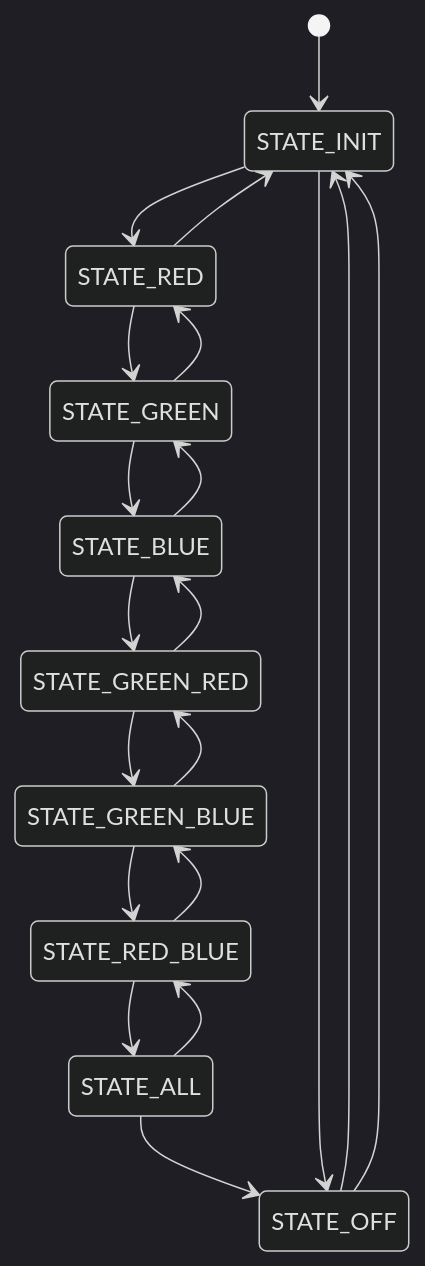
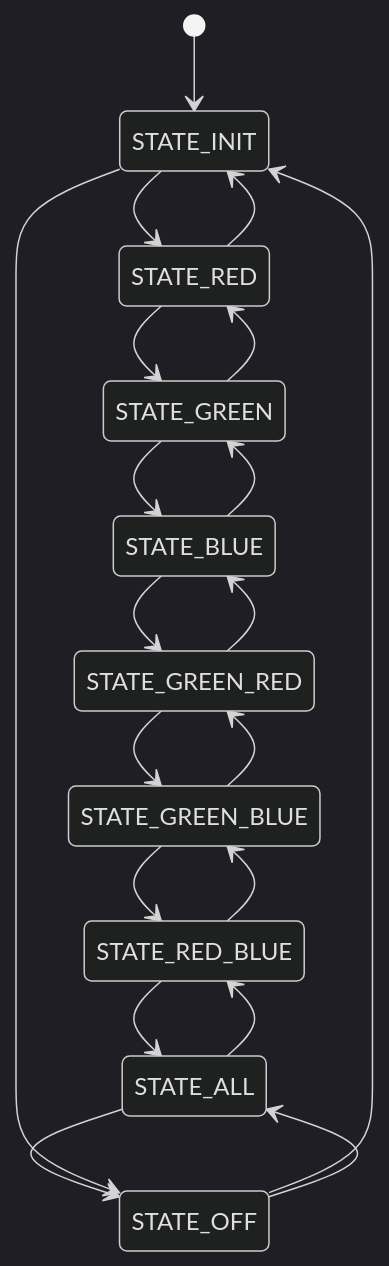
One commit to AngelMzno/iodraw-files changed the diagram in all/Mapa de Estado.md. Above: the diagram before and after it, drawn with Mermaid (dark theme).

Commit message:
2024-09-03 19:42:50 update

````diff
--- a/all/Mapa de Estado.md
+++ b/all/Mapa de Estado.md
@@ -1,27 +1,28 @@
 ```mermaid
 stateDiagram-v2
 [*]-->STATE_INIT
 STATE_INIT --> STATE_RED
 STATE_RED --> STATE_GREEN
 STATE_GREEN-->STATE_BLUE
 STATE_BLUE -->STATE_GREEN_RED
 STATE_GREEN_RED -->STATE_GREEN_BLUE
 STATE_GREEN_BLUE-->STATE_RED_BLUE
 STATE_RED_BLUE-->STATE_ALL
 STATE_ALL-->STATE_OFF
 STATE_OFF-->STATE_INIT
 
 [*]STATE_INIT
 STATE_INIT --> STATE_OFF
 STATE_RED --> STATE_INIT
 STATE_GREEN-->STATE_RED
 STATE_BLUE -->STATE_GREEN
 STATE_GREEN_RED -->STATE_BLUE
 STATE_GREEN_BLUE-->STATE_GREEN_RED
 STATE_RED_BLUE-->STATE_GREEN_BLUE
 STATE_ALL-->STATE_RED_BLUE
-STATE_OFF-->STATE_INIT
+STATE_OFF-->STATE_ALL
+
 
 
 
 ```
````
